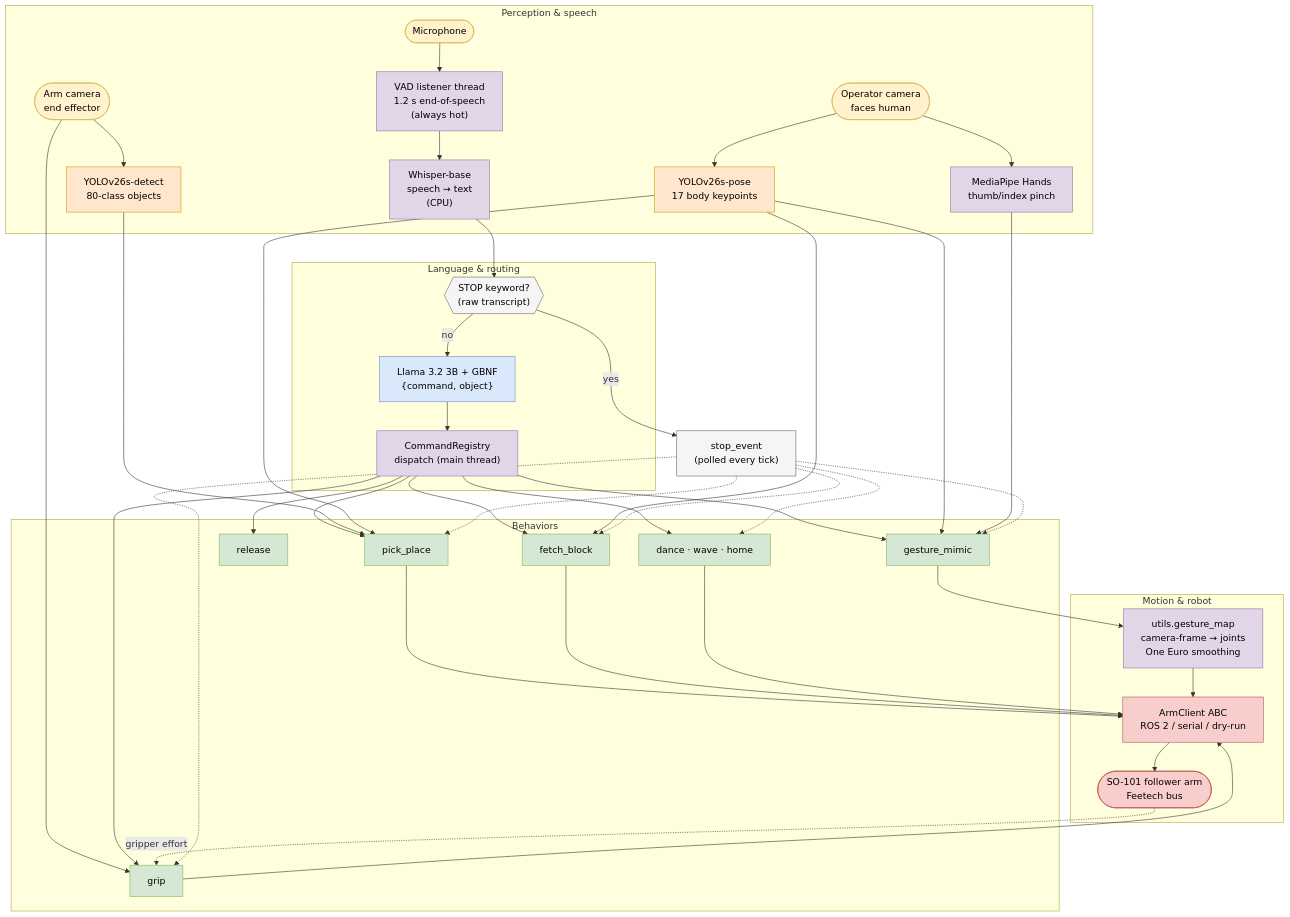
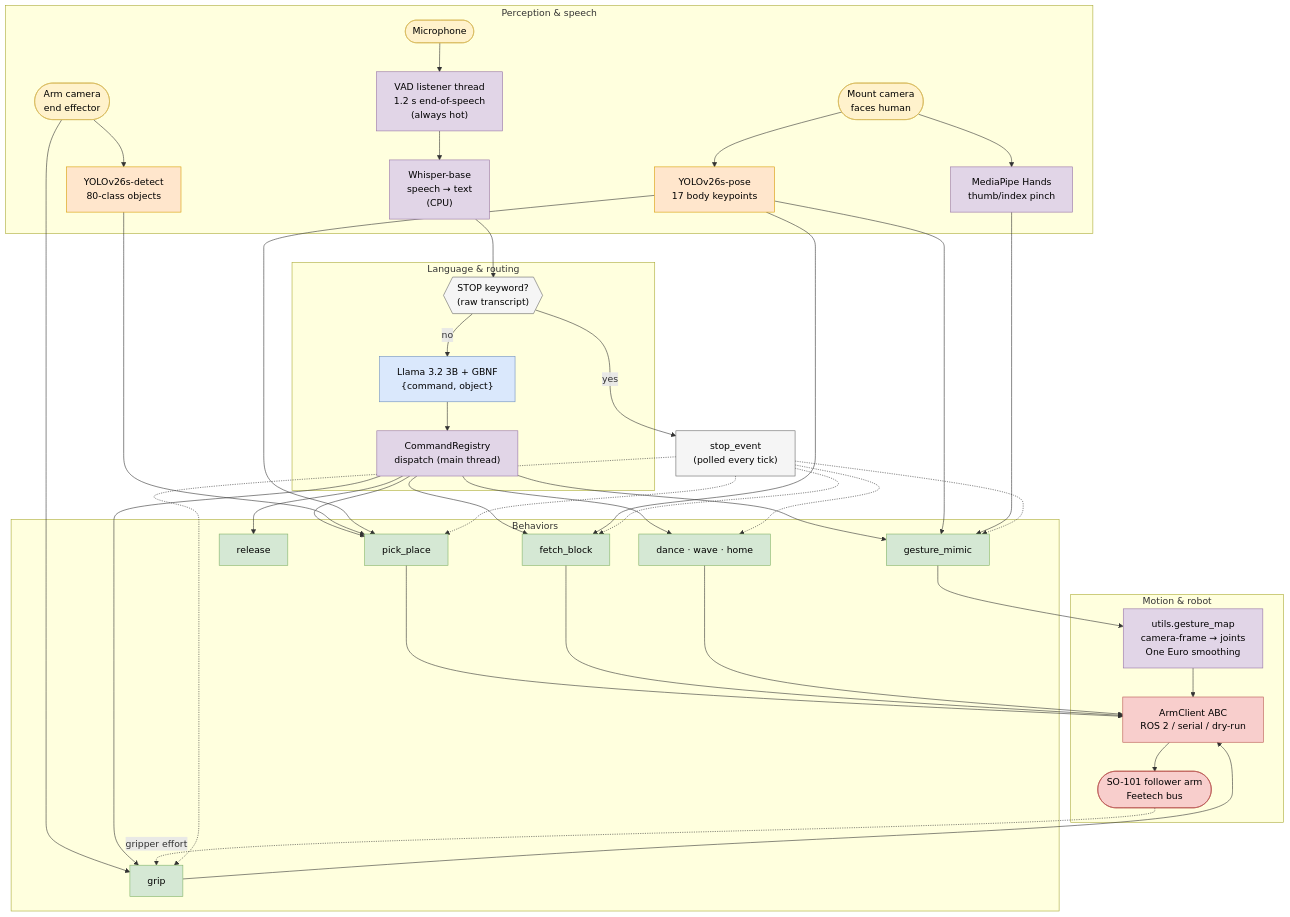
The first of 3 diagrams in workshops/vvla-pipeline/README.md (ThomasGmeinder/embedded-x86-ai), drawn with Mermaid before and after one commit. The commit also changed other lines of this file and 62 other files, not shown here.

First line of the commit message:
Restore main's names and safety: "mount" camera, DirectArm, no pick on an uncalibrated real arm

````diff
--- a/workshops/vvla-pipeline/README.md
+++ b/workshops/vvla-pipeline/README.md
@@ -12,72 +12,72 @@
 ```mermaid
 flowchart TB
     subgraph SENSE["Perception &amp; speech"]
         MIC([Microphone]):::io
-        OPERATORCAM([Operator camera<br/>faces human]):::io
+        MOUNTCAM([Mount camera<br/>faces human]):::io
         ARMCAM([Arm camera<br/>end effector]):::io
 
         VAD["VAD listener thread<br/>1.2 s end-of-speech<br/>(always hot)"]:::cpu
         WHISPER["Whisper-base<br/>speech → text<br/>(CPU)"]:::cpu
         POSE["YOLOv26s-pose<br/>17 body keypoints"]:::npu
         DETECT["YOLOv26s-detect<br/>80-class objects"]:::npu
         HANDS["MediaPipe Hands<br/>thumb/index pinch"]:::cpu
     end
 
     subgraph THINK["Language &amp; routing"]
         STOPCHK{{"STOP keyword?<br/>(raw transcript)"}}:::gate
         LLAMA["Llama 3.2 3B + GBNF<br/>{command, object}"]:::gpu
         REG["CommandRegistry<br/>dispatch (main thread)"]:::cpu
     end
 
     subgraph ACT["Behaviors"]
         MIMIC["gesture_mimic"]:::beh
         PICK["pick_place"]:::beh
         FETCH["fetch_block"]:::beh
         GRIP["grip"]:::beh
         RELEASE["release"]:::beh
         OTHER["dance · wave · home"]:::beh
     end
 
     subgraph MOVE["Motion &amp; robot"]
         RETARGET["utils.gesture_map<br/>camera-frame → joints<br/>One Euro smoothing"]:::cpu
         ARMCLIENT["ArmClient ABC<br/>ROS 2 / serial / dry-run"]:::robot
         ARM([SO-101 follower arm<br/>Feetech bus]):::robot
     end
 
     STOPEVENT["stop_event<br/>(polled every tick)"]:::gate
 
     MIC --> VAD --> WHISPER --> STOPCHK
     STOPCHK -- "no" --> LLAMA --> REG
     STOPCHK -- "yes" --> STOPEVENT
 
-    OPERATORCAM --> POSE
-    OPERATORCAM --> HANDS
+    MOUNTCAM --> POSE
+    MOUNTCAM --> HANDS
     ARMCAM --> DETECT
     ARMCAM --> GRIP
 
     REG --> MIMIC & PICK & FETCH & GRIP & RELEASE & OTHER
 
     POSE --> MIMIC
     HANDS --> MIMIC
     DETECT --> PICK
     POSE --> PICK
     POSE --> FETCH
 
     MIMIC --> RETARGET --> ARMCLIENT
     PICK --> ARMCLIENT
     FETCH --> ARMCLIENT
     GRIP --> ARMCLIENT
     OTHER --> ARMCLIENT
     ARMCLIENT --> ARM
     ARM -. "gripper effort" .-> GRIP
 
     STOPEVENT -.-> MIMIC & PICK & FETCH & GRIP & OTHER
 
     classDef npu fill:#ffe6cc,stroke:#d79b00,color:#000;
     classDef gpu fill:#dae8fc,stroke:#6c8ebf,color:#000;
     classDef cpu fill:#e1d5e7,stroke:#9673a6,color:#000;
     classDef beh fill:#d5e8d4,stroke:#82b366,color:#000;
     classDef robot fill:#f8cecc,stroke:#b85450,color:#000;
     classDef io fill:#fff2cc,stroke:#d6b656,color:#000;
     classDef gate fill:#f5f5f5,stroke:#666,color:#000;
 ```
````
